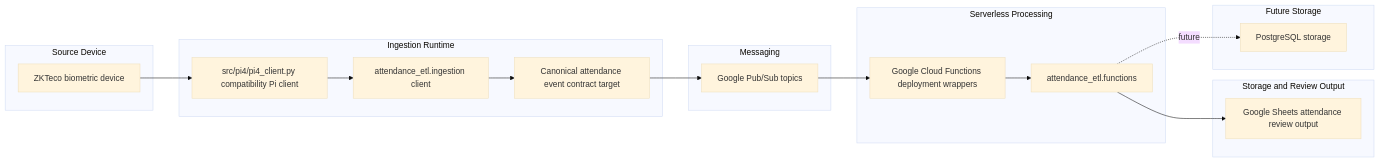
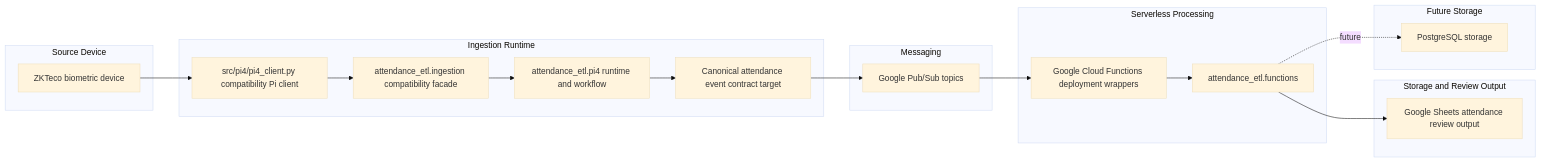
Before and after one commit to aitzaz-ahmad/attendance-automation: the first of 2 diagrams in docs/architecture.md, drawn with Mermaid (base theme). The commit also changed other lines of this file and 21 other files, not shown here.

Commit message:
ETLP-21: modularises ingestion client (#82)

````diff
--- a/docs/architecture.md
+++ b/docs/architecture.md
@@ -17,38 +17,40 @@
 ```mermaid
 flowchart LR
   subgraph SD[Source Device]
     ZK[ZKTeco biometric device]
   end
 
   subgraph IR[Ingestion Runtime]
     PI[src/pi4/pi4_client.py compatibility Pi client]
-    ING[attendance_etl.ingestion client]
+    ING[attendance_etl.ingestion compatibility facade]
+    PI4[attendance_etl.pi4 runtime and workflow]
     EVENT[Canonical attendance event contract target]
   end
 
   subgraph MSG[Messaging]
     PUBSUB[Google Pub/Sub topics]
   end
 
   subgraph SP[Serverless Processing]
     WRAP[Google Cloud Functions deployment wrappers]
     FUNC[attendance_etl.functions]
   end
 
   subgraph OUT[Storage and Review Output]
     SHEETS[Google Sheets attendance review output]
   end
 
   subgraph FUT[Future Storage]
     PG[PostgreSQL storage]
   end
 
   ZK --> PI
   PI --> ING
-  ING --> EVENT
+  ING --> PI4
+  PI4 --> EVENT
   EVENT --> PUBSUB
   PUBSUB --> WRAP
   WRAP --> FUNC
   FUNC --> SHEETS
   FUNC -. future .-> PG
 ```
````
